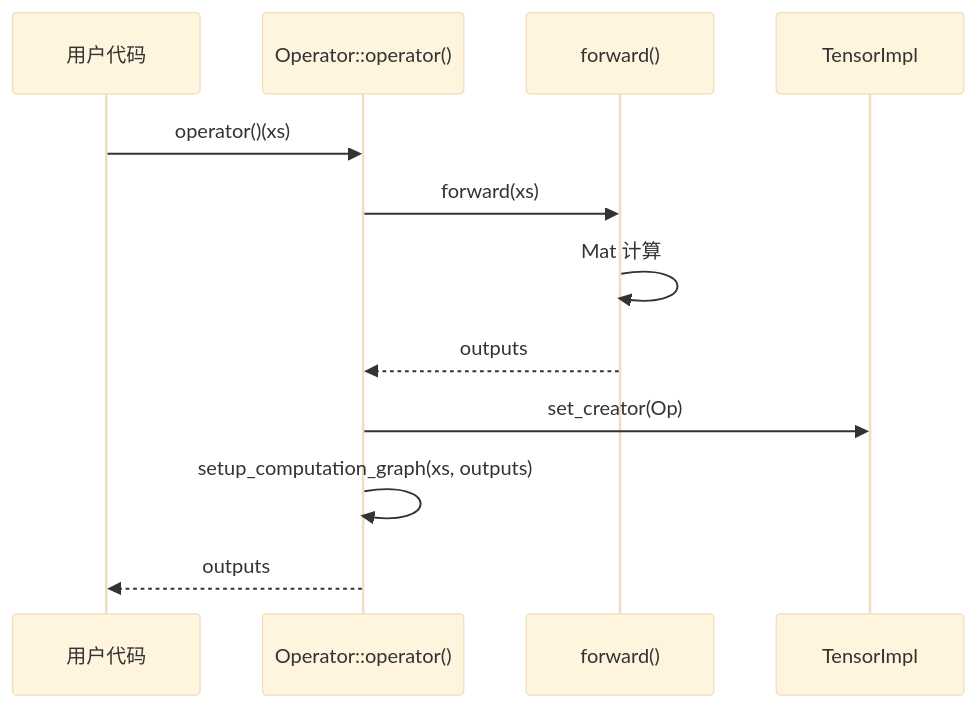
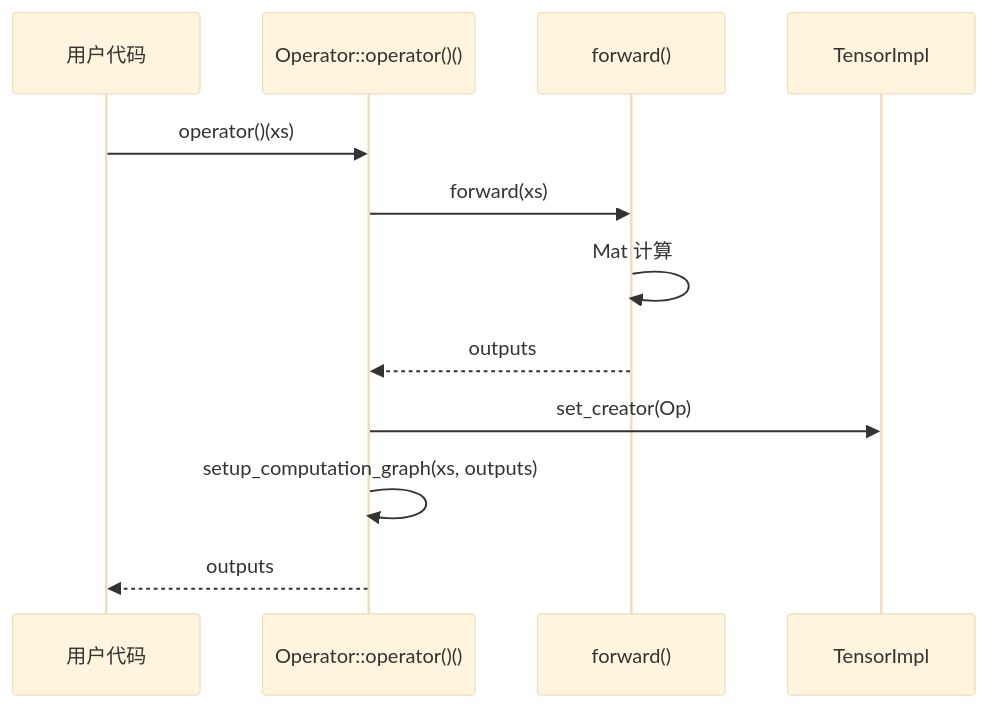
One commit to jinbooooom/OriginDL changed diagram 24 of 47 in docs/design/architecture.md. Above: the diagram before and after it, drawn with Mermaid (base theme). The commit also changed other lines of this file, not shown here.

Commit message:
doc(design): refactor architecture documentation chapters 3，4，6, 7 and 10

````diff
--- a/docs/design/architecture.md
+++ b/docs/design/architecture.md
@@ -1322,15 +1506,15 @@
 ```mermaid
 sequenceDiagram
     participant User as 用户代码
-    participant Op as Operator::operator()
+    participant Op as Operator::operator()()
     participant Fwd as forward()
     participant Impl as TensorImpl
 
     User->>Op: operator()(xs)
     Op->>Fwd: forward(xs)
     Fwd->>Fwd: Mat 计算
     Fwd-->>Op: outputs
     Op->>Impl: set_creator(Op)
     Op->>Op: setup_computation_graph(xs, outputs)
     Op-->>User: outputs
 ```
````
